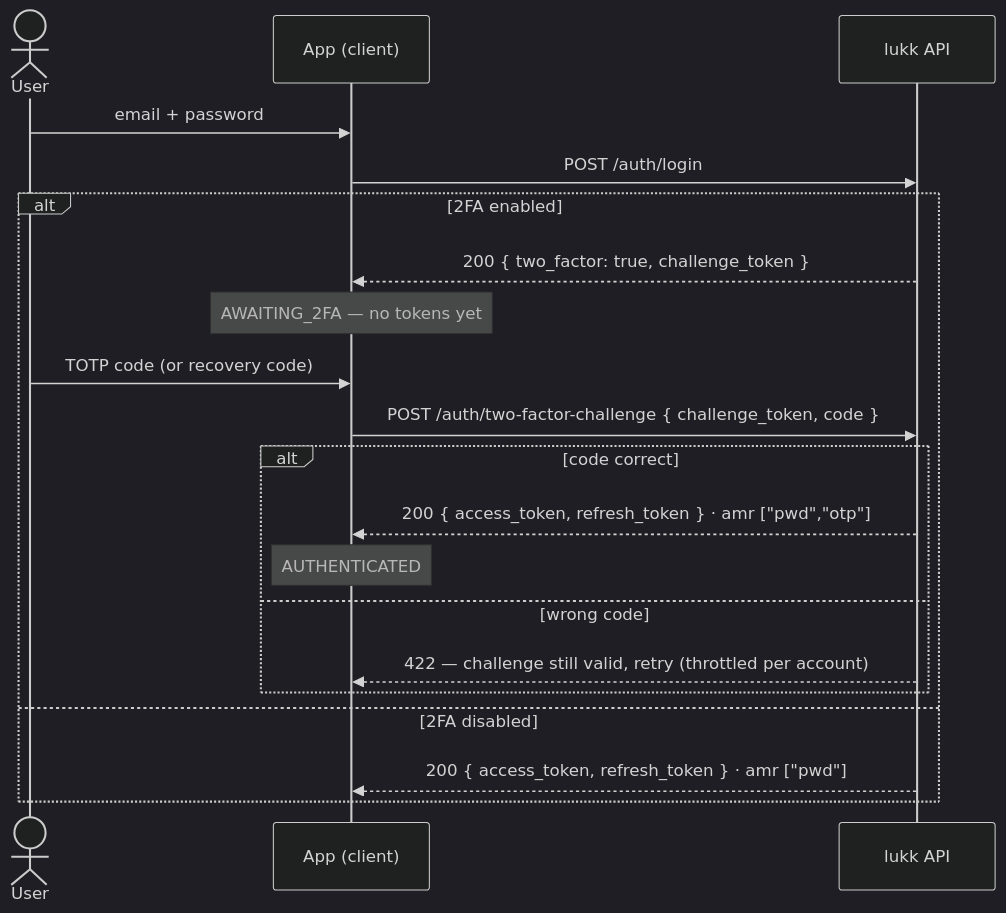
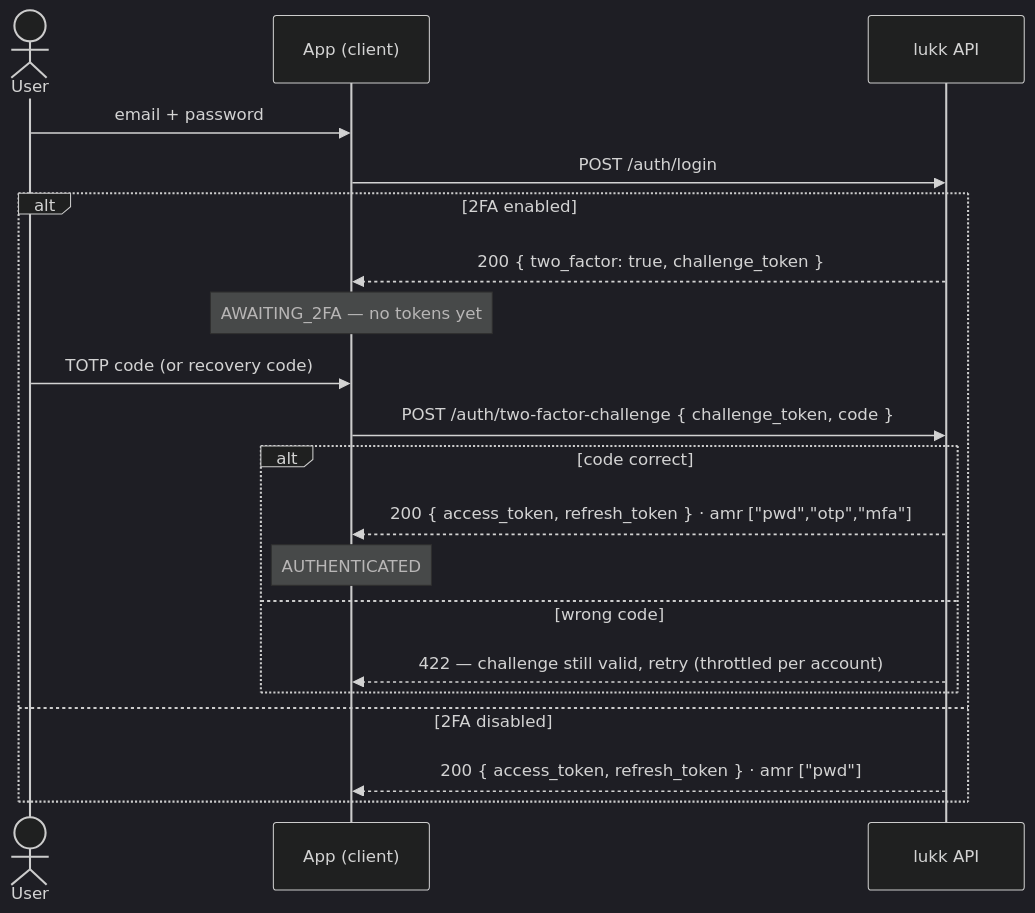
One commit to stsepelin/lukk-docs changed the first of 2 diagrams in docs/two-factor-authentication.md. Above: the diagram before and after it, drawn with Mermaid (dark theme). The commit also changed other lines of this file and 5 other files, not shown here.

````diff
--- a/docs/two-factor-authentication.md
+++ b/docs/two-factor-authentication.md
@@ -100,23 +100,23 @@
 ```mermaid
 sequenceDiagram
     actor U as User
     participant App as App (client)
     participant API as lukk API
 
     U->>App: email + password
     App->>API: POST /auth/login
     alt 2FA enabled
         API-->>App: 200 { two_factor: true, challenge_token }
         Note over App: AWAITING_2FA — no tokens yet
         U->>App: TOTP code (or recovery code)
         App->>API: POST /auth/two-factor-challenge { challenge_token, code }
         alt code correct
-            API-->>App: 200 { access_token, refresh_token } · amr ["pwd","otp"]
+            API-->>App: 200 { access_token, refresh_token } · amr ["pwd","otp","mfa"]
             Note over App: AUTHENTICATED
         else wrong code
             API-->>App: 422 — challenge still valid, retry (throttled per account)
         end
     else 2FA disabled
         API-->>App: 200 { access_token, refresh_token } · amr ["pwd"]
     end
 ```
````
